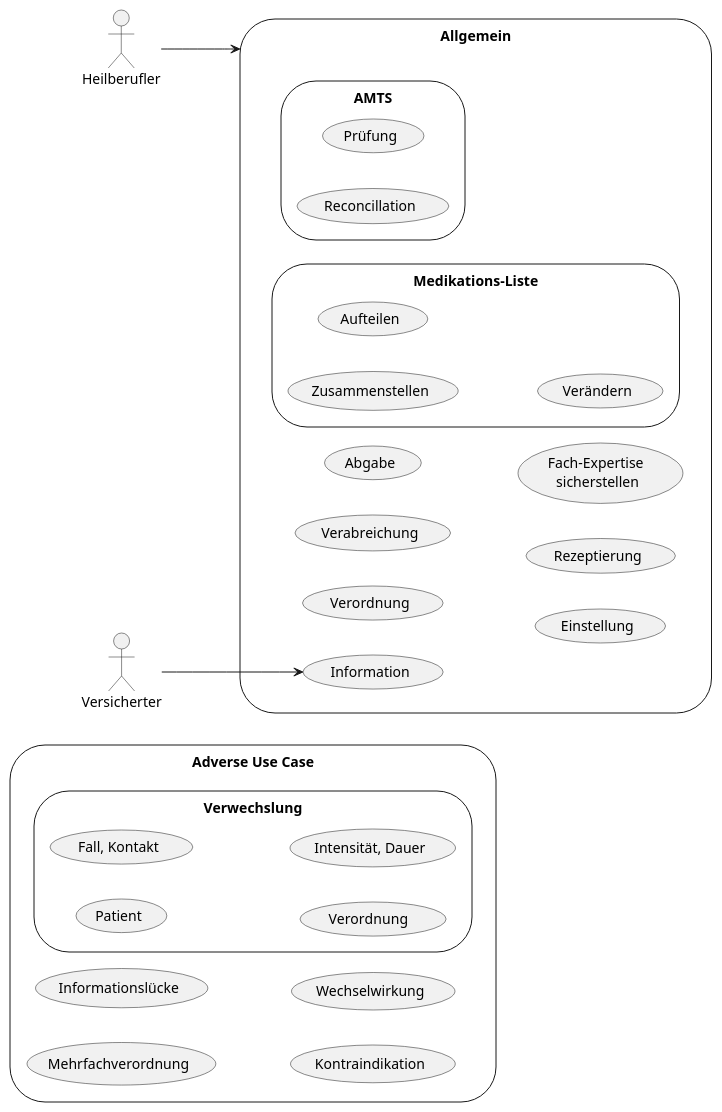
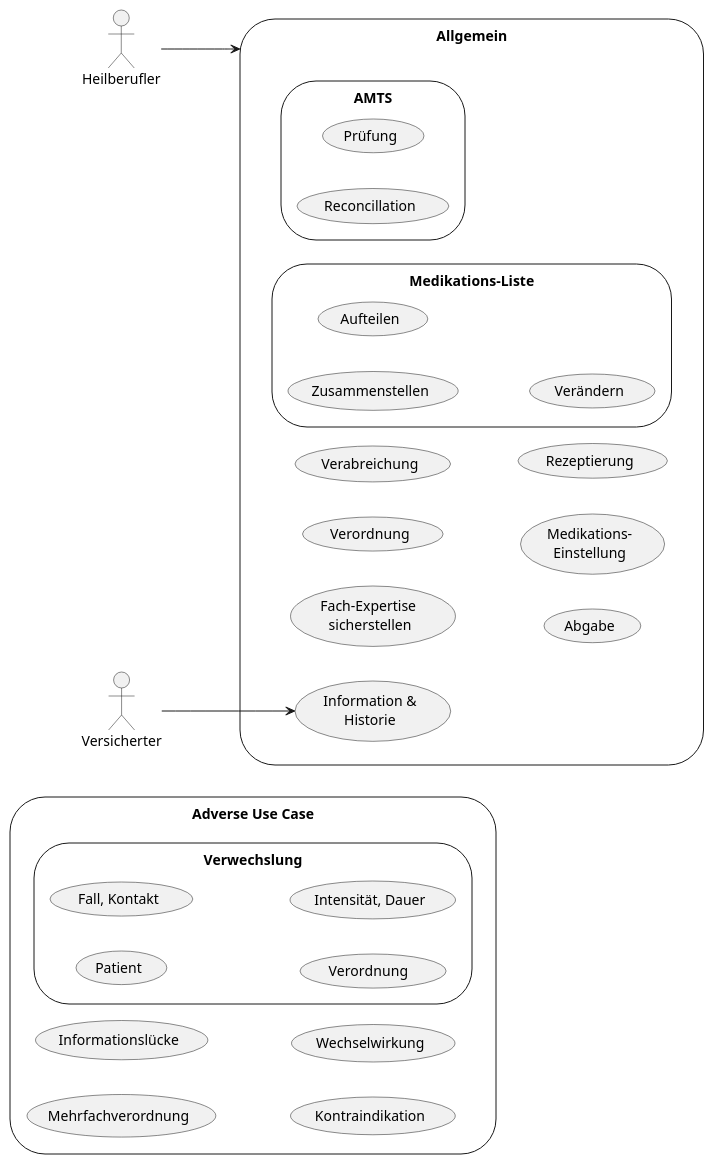
One commit to gematik/spec-ISiK-Medikation changed the diagram in Material/images/src/plantuml/usecases.puml. Above: the diagram before and after it, drawn with PlantUML. The commit also changed 2 other files, not shown here.

```diff
--- a/Material/images/src/plantuml/usecases.puml
+++ b/Material/images/src/plantuml/usecases.puml
@@ -15,46 +15,46 @@
 @startuml usecases
 left to right direction
 'skinparam packageStyle cloud
 'skinparam linetype ortho
 
 'actor :FHIR Repository: as DB << Application >>
 actor :Heilberufler:
 actor :Versicherter:
 storage adverseUC as "Adverse Use Case" {
     storage (Verwechslung){
         (Patient)
         (Fall, Kontakt)
         (Verordnung )
         (Intensität, Dauer)
     }
     (Mehrfachverordnung)
     (Informationslücke)
     (Kontraindikation)
     (Wechselwirkung)
 }
 
 storage gnrlUC as "Allgemein" {
-    (Information)
+    (Fach-Expertise \nsicherstellen)
+    (Information &\nHistorie)
     (Verordnung)
     (Verabreichung)
     (Abgabe)
-    (Einstellung)
+    (Medikations-\nEinstellung)
     (Rezeptierung)
-    (Fach-Expertise \nsicherstellen)
     storage (AMTS){
         (Prüfung)
         (Reconcillation)
     }
     storage (Medikations-Liste){
         (Zusammenstellen)
         (Aufteilen)
         (Verändern)
     }
 }
 
 Heilberufler --> gnrlUC
-Versicherter --> Information
+Versicherter --> (Information &\nHistorie)
 
 'fncts --> adverseUC : mitigates
 'fncts --> gnrlUC : enables
 @enduml
```
